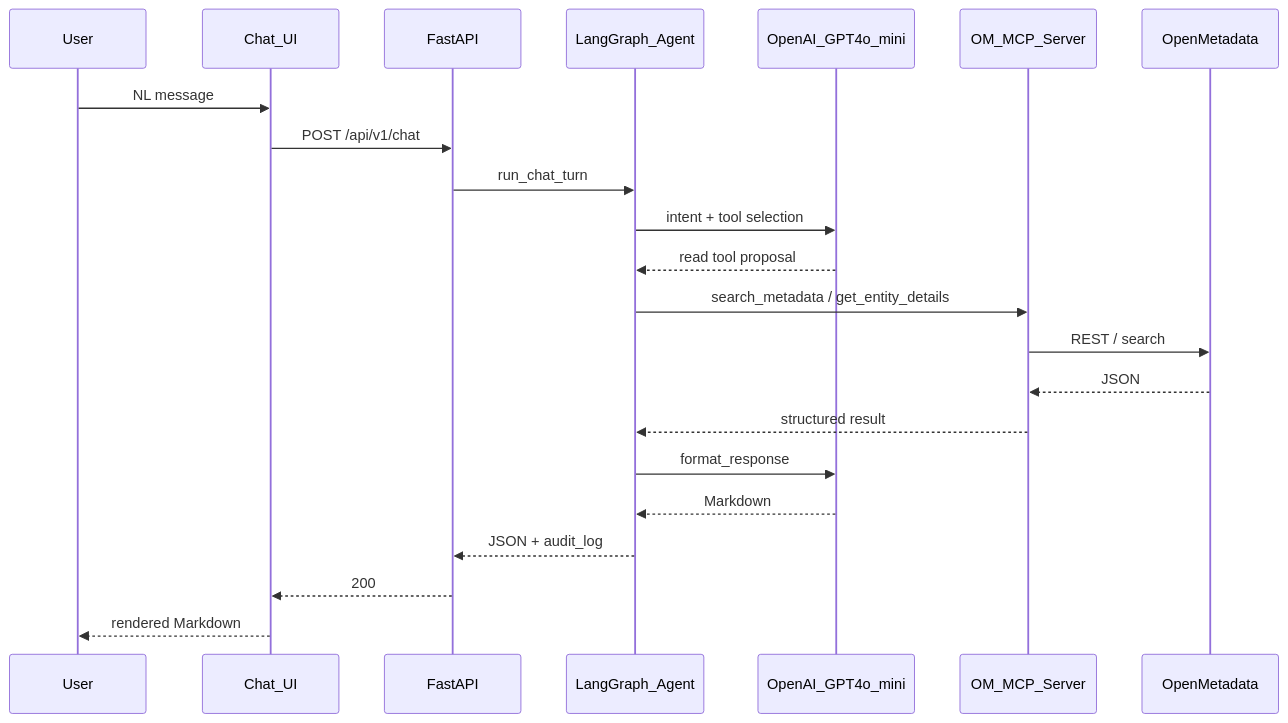
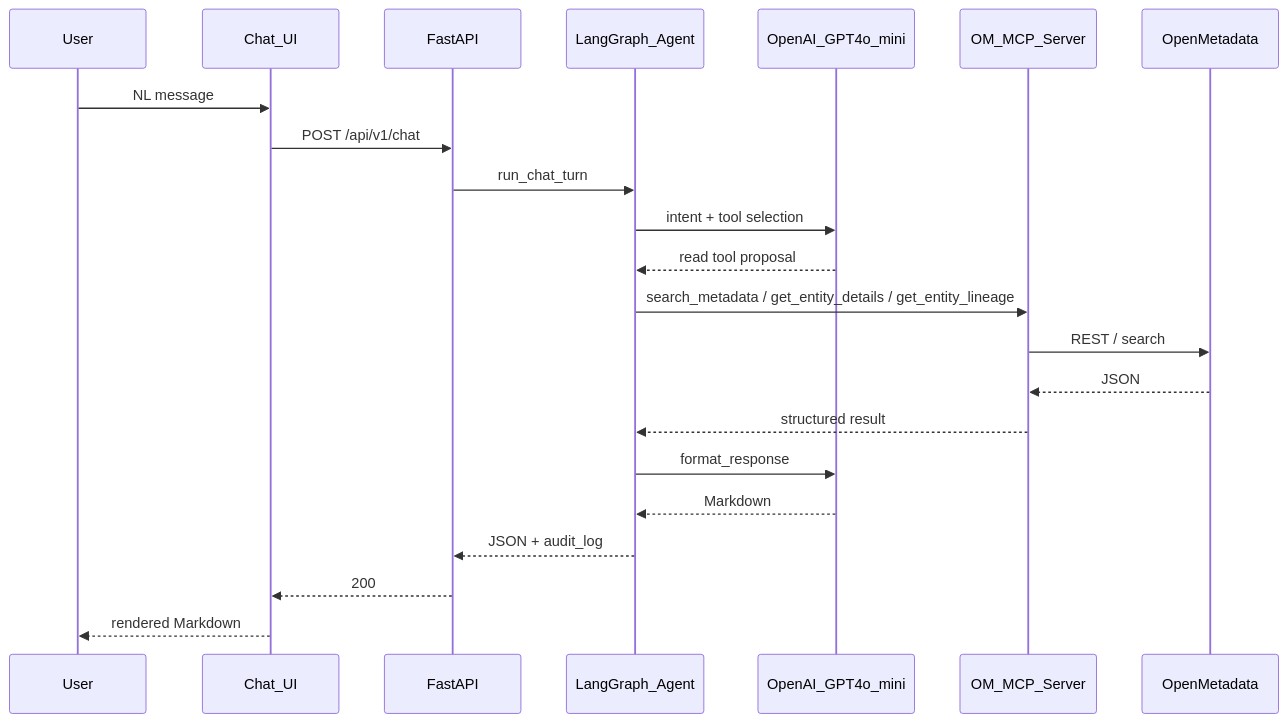
The first of 4 diagrams in .idea/Plan/Architecture/DataFlow.md (PriyankaSen0902/openmetadata-mcp-agent), drawn with Mermaid before and after one commit. The commit also changed 3 other files, not shown here.

````diff
--- a/.idea/Plan/Architecture/DataFlow.md
+++ b/.idea/Plan/Architecture/DataFlow.md
@@ -7,25 +7,25 @@
 ```mermaid
 sequenceDiagram
     participant U as User
     participant UI as Chat_UI
     participant API as FastAPI
     participant A as LangGraph_Agent
     participant LLM as OpenAI_GPT4o_mini
     participant MCP as OM_MCP_Server
     participant OM as OpenMetadata
 
     U->>UI: NL message
     UI->>API: POST /api/v1/chat
     API->>A: run_chat_turn
     A->>LLM: intent + tool selection
     LLM-->>A: read tool proposal
-    A->>MCP: search_metadata / get_entity_details
+    A->>MCP: search_metadata / get_entity_details / get_entity_lineage
     MCP->>OM: REST / search
     OM-->>MCP: JSON
     MCP-->>A: structured result
     A->>LLM: format_response
     LLM-->>A: Markdown
     A-->>API: JSON + audit_log
     API-->>UI: 200
     UI-->>U: rendered Markdown
 ```
````
